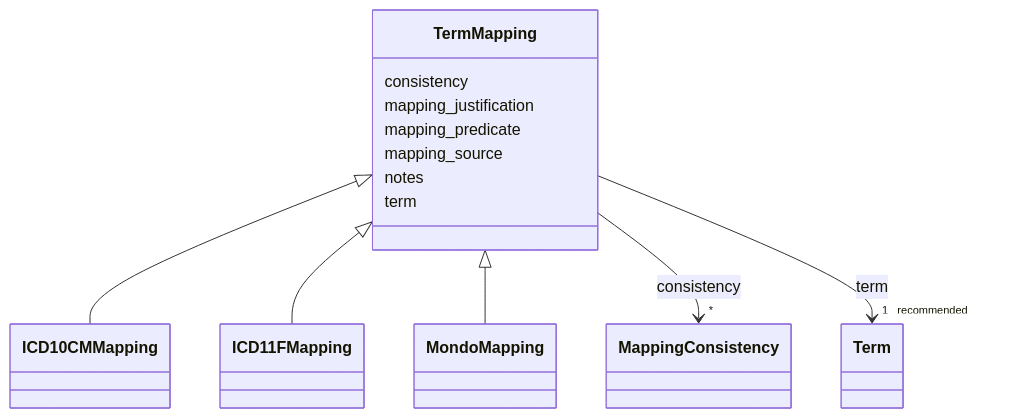
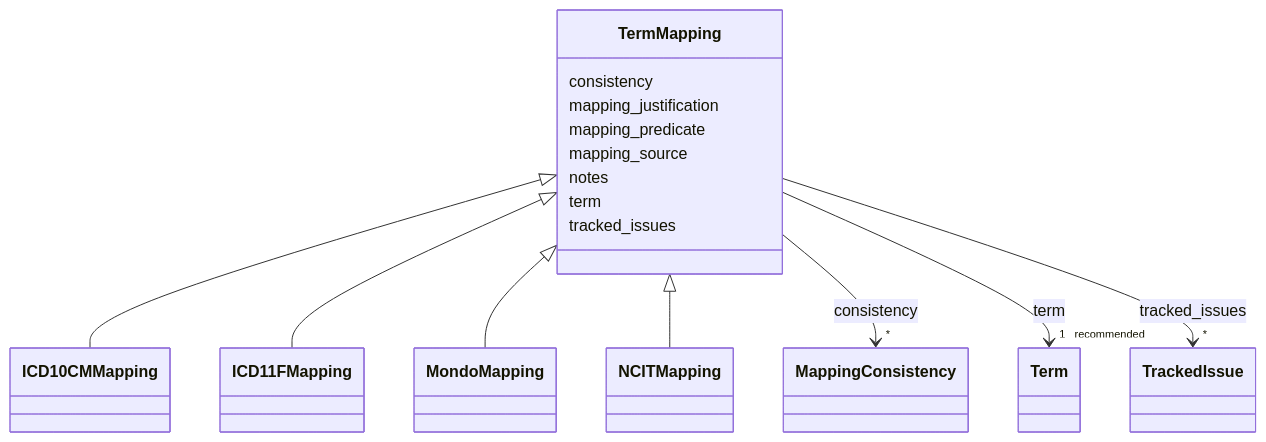
One commit to monarch-initiative/dismech changed the diagram in docs/schema/classes/TermMapping.md. Above: the diagram before and after it, drawn with Mermaid. The commit also changed other lines of this file and 1343 other files, not shown here.

First line of the commit message:
docs: regenerate schema docs and point design-decisions link at rendered page

````diff
--- a/docs/schema/classes/TermMapping.md
+++ b/docs/schema/classes/TermMapping.md
@@ -18,43 +18,56 @@
 ```mermaid
  classDiagram
     class TermMapping
     click TermMapping href "../../classes/TermMapping/"
       TermMapping <|-- ICD10CMMapping
         click ICD10CMMapping href "../../classes/ICD10CMMapping/"
       TermMapping <|-- ICD11FMapping
         click ICD11FMapping href "../../classes/ICD11FMapping/"
       TermMapping <|-- MondoMapping
         click MondoMapping href "../../classes/MondoMapping/"
+      TermMapping <|-- NCITMapping
+        click NCITMapping href "../../classes/NCITMapping/"
       
       TermMapping : consistency
         
           
     
         
         
         TermMapping --> "*" MappingConsistency : consistency
         click MappingConsistency href "../../classes/MappingConsistency/"
     
 
         
       TermMapping : mapping_justification
         
       TermMapping : mapping_predicate
         
       TermMapping : mapping_source
         
       TermMapping : notes
         
       TermMapping : term
         
           
     
         
         
         TermMapping --> "1 _recommended_" Term : term
         click Term href "../../classes/Term/"
     
 
         
+      TermMapping : tracked_issues
+        
+          
+    
+        
+        
+        TermMapping --> "*" TrackedIssue : tracked_issues
+        click TrackedIssue href "../../classes/TrackedIssue/"
+    
+
+        
       
 ```
````
